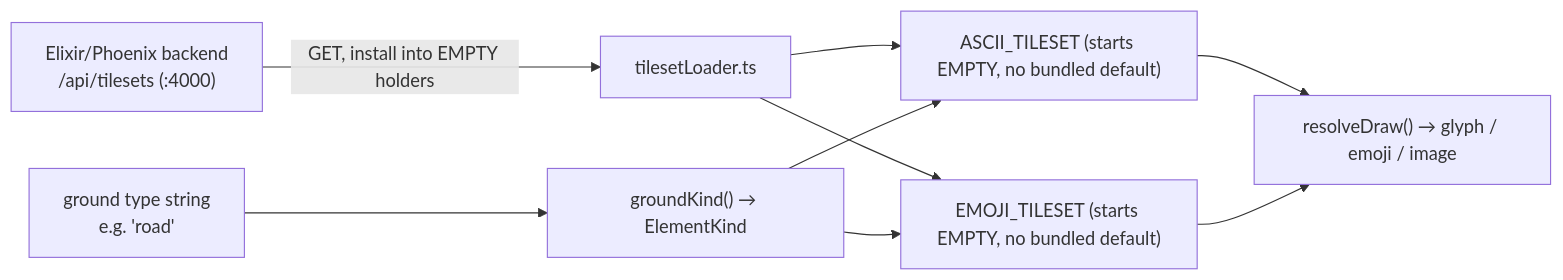
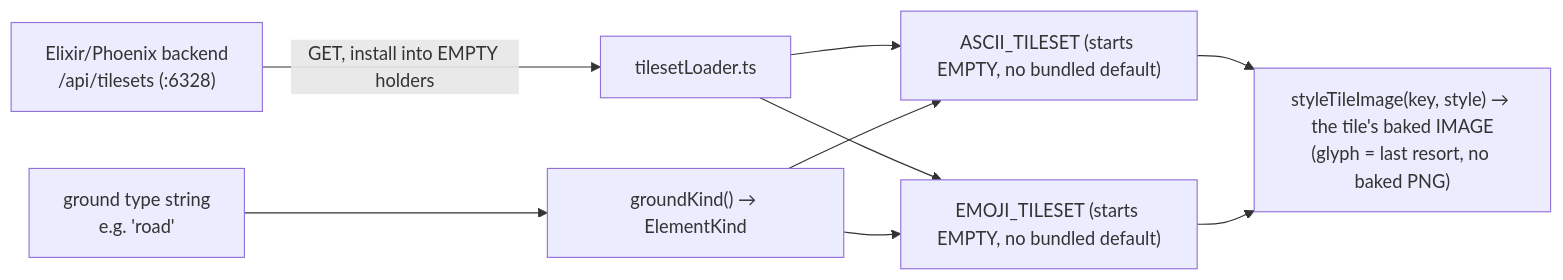
One commit to v1siond/game-website changed the third of 3 diagrams in docs/ENGINE-ARCHITECTURE.md. Above: the diagram before and after it, drawn with Mermaid. The commit also changed other lines of this file and 216 other files, not shown here.

````diff
--- a/docs/ENGINE-ARCHITECTURE.md
+++ b/docs/ENGINE-ARCHITECTURE.md
@@ -71,11 +81,11 @@
 ```mermaid
 flowchart LR
-  DBB["Elixir/Phoenix backend<br/>/api/tilesets (:4000)"] -->|GET, install into EMPTY holders| LOADER["tilesetLoader.ts"]
+  DBB["Elixir/Phoenix backend<br/>/api/tilesets (:6328)"] -->|GET, install into EMPTY holders| LOADER["tilesetLoader.ts"]
   LOADER --> ASCII["ASCII_TILESET (starts EMPTY, no bundled default)"]
   LOADER --> EMOJI["EMOJI_TILESET (starts EMPTY, no bundled default)"]
   TYPE["ground type string<br/>e.g. 'road'"] --> GK["groundKind() → ElementKind"]
   GK --> ASCII
   GK --> EMOJI
-  ASCII --> DRAW["resolveDraw() → glyph / emoji / image"]
+  ASCII --> DRAW["styleTileImage(key, style) → the tile's baked IMAGE<br/>(glyph = last resort, no baked PNG)"]
   EMOJI --> DRAW
 ```
````
